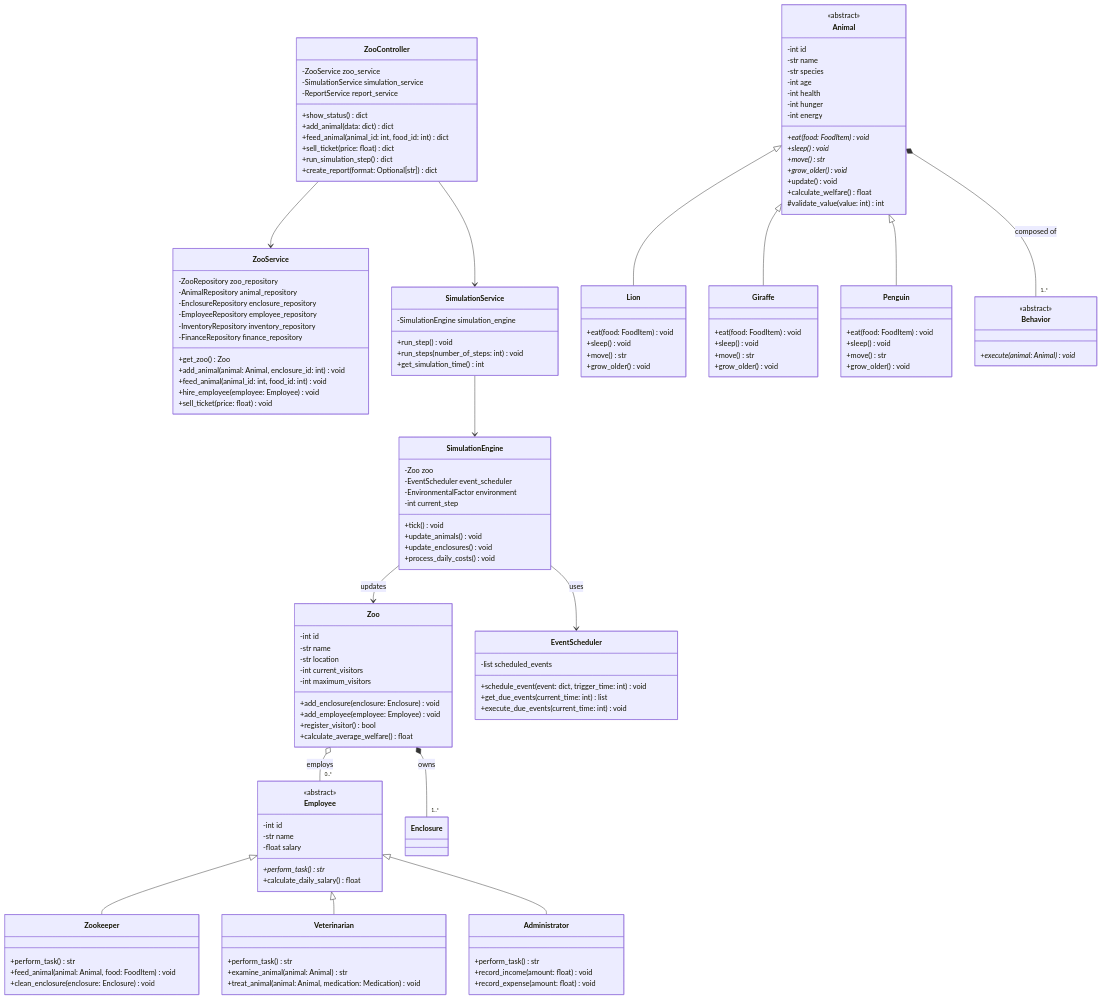
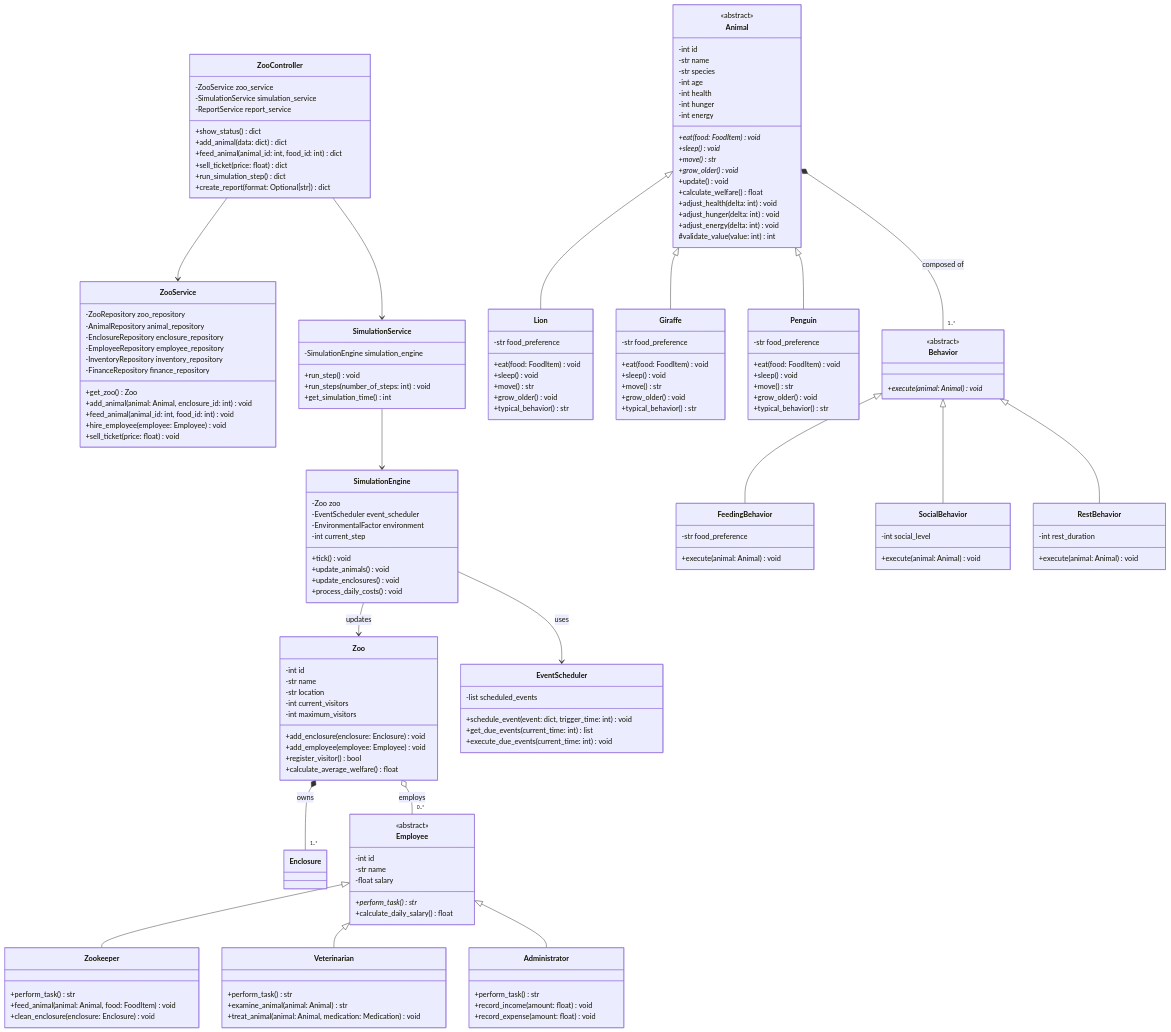
One commit to Darnell-Beganovic/zms-BBS changed the diagram in zoo_simulation/docs/planning_backend_darnell.md. Above: the diagram before and after it, drawn with Mermaid. The commit also changed other lines of this file and 1 other file, not shown here.

First line of the commit message:
docs(planning): sync backend diagram with Behavior hierarchy and Animal mutators

```diff
--- a/zoo_simulation/docs/planning_backend_darnell.md
+++ b/zoo_simulation/docs/planning_backend_darnell.md
@@ -128,33 +128,57 @@
         +grow_older() void*
         +update() void
         +calculate_welfare() float
+        +adjust_health(delta: int) void
+        +adjust_hunger(delta: int) void
+        +adjust_energy(delta: int) void
         #validate_value(value: int) int
     }
 
     class Lion {
+        -str food_preference
         +eat(food: FoodItem) void
         +sleep() void
         +move() str
         +grow_older() void
+        +typical_behavior() str
     }
 
     class Giraffe {
+        -str food_preference
         +eat(food: FoodItem) void
         +sleep() void
         +move() str
         +grow_older() void
+        +typical_behavior() str
     }
 
     class Penguin {
+        -str food_preference
         +eat(food: FoodItem) void
         +sleep() void
         +move() str
         +grow_older() void
+        +typical_behavior() str
     }
 
     class Behavior {
         <<abstract>>
         +execute(animal: Animal) void*
+    }
+
+    class FeedingBehavior {
+        -str food_preference
+        +execute(animal: Animal) void
+    }
+
+    class SocialBehavior {
+        -int social_level
+        +execute(animal: Animal) void
+    }
+
+    class RestBehavior {
+        -int rest_duration
+        +execute(animal: Animal) void
     }
 
     class SimulationEngine {
@@ -183,6 +207,10 @@
     Animal <|-- Giraffe
     Animal <|-- Penguin
 
+    Behavior <|-- FeedingBehavior
+    Behavior <|-- SocialBehavior
+    Behavior <|-- RestBehavior
+
     Animal *-- "1..*" Behavior : composed of
 
     Zoo *-- "1..*" Enclosure : owns
```
